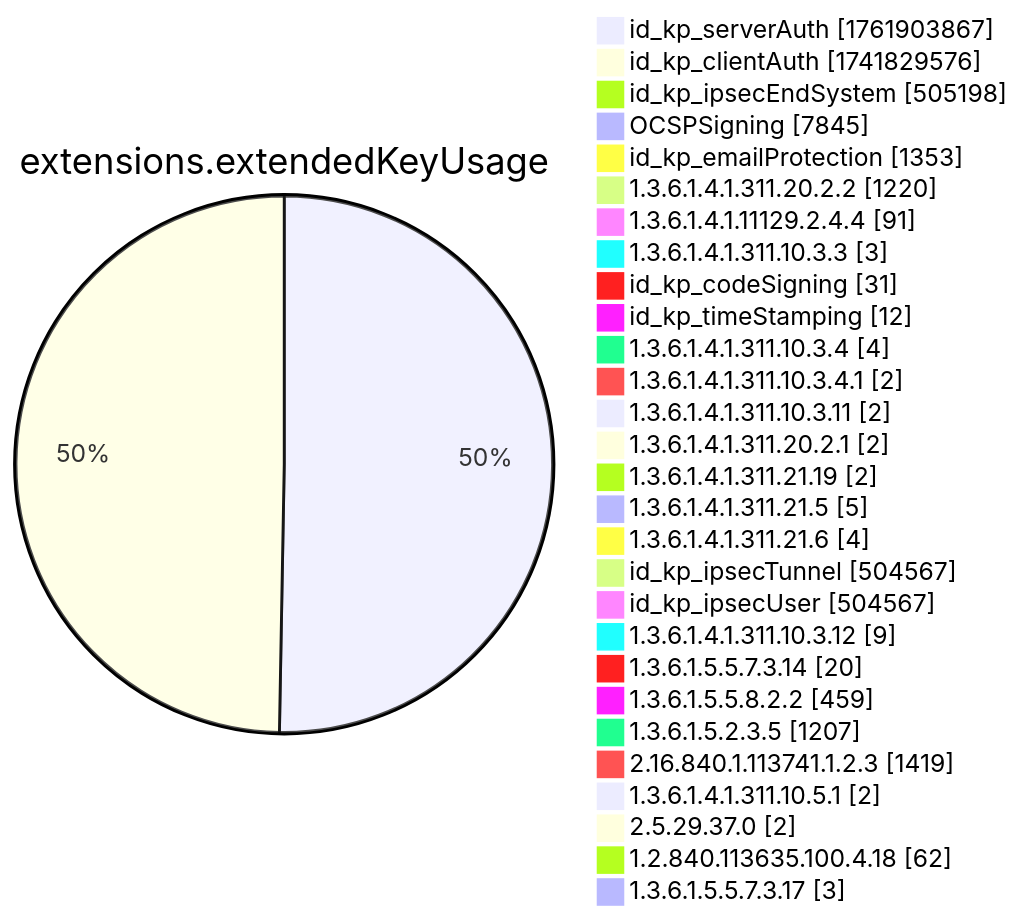
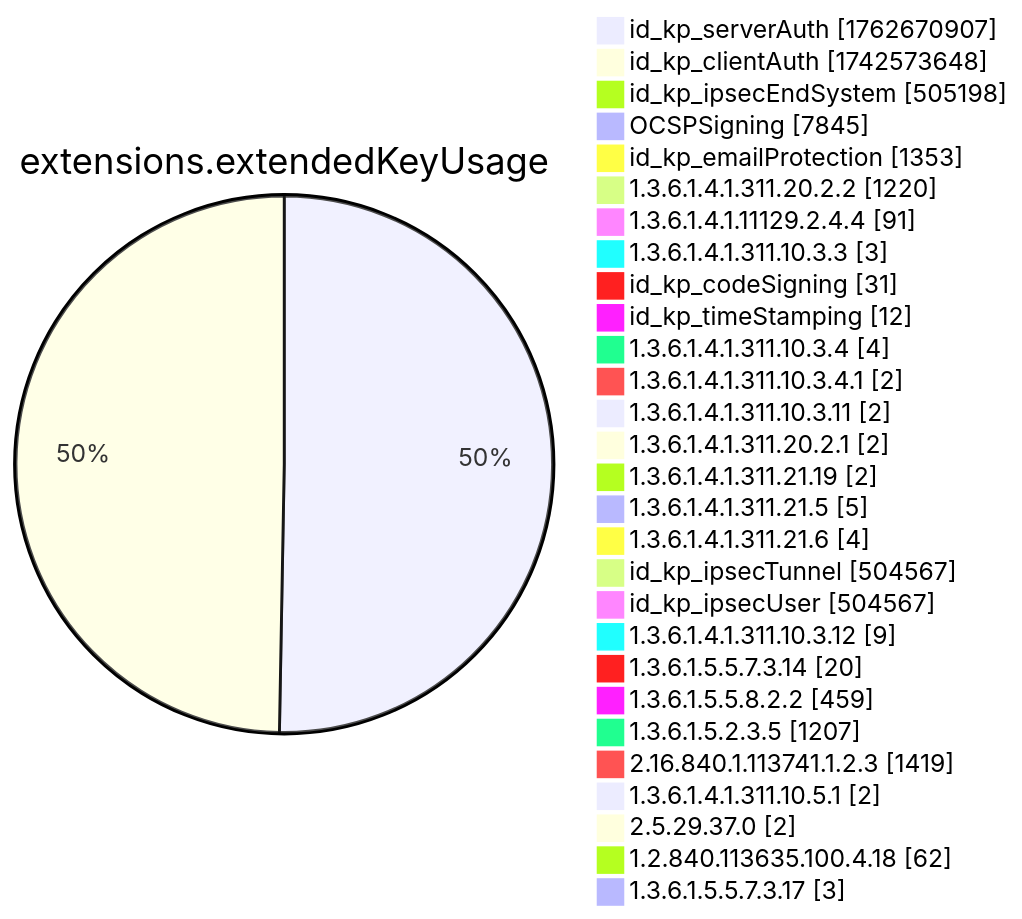
One commit to christiankrug/ctmonitor_visualization changed diagram 12 of 15 in xenon2022/README.md. Above: the diagram before and after it, drawn with Mermaid. The commit also changed other lines of this file, not shown here.

````diff
--- a/xenon2022/README.md
+++ b/xenon2022/README.md
@@ -3893,32 +3893,32 @@
 ```mermaid
 pie showData
 title extensions.extendedKeyUsage
-"id_kp_serverAuth" :1761903867
-"id_kp_clientAuth" :1741829576
+"id_kp_serverAuth" :1762670907
+"id_kp_clientAuth" :1742573648
 "id_kp_ipsecEndSystem" :505198
 "OCSPSigning" :7845
 "id_kp_emailProtection" :1353
 "1.3.6.1.4.1.311.20.2.2" :1220
 "1.3.6.1.4.1.11129.2.4.4" :91
 "1.3.6.1.4.1.311.10.3.3" :3
 "id_kp_codeSigning" :31
 "id_kp_timeStamping" :12
 "1.3.6.1.4.1.311.10.3.4" :4
 "1.3.6.1.4.1.311.10.3.4.1" :2
 "1.3.6.1.4.1.311.10.3.11" :2
 "1.3.6.1.4.1.311.20.2.1" :2
 "1.3.6.1.4.1.311.21.19" :2
 "1.3.6.1.4.1.311.21.5" :5
 "1.3.6.1.4.1.311.21.6" :4
 "id_kp_ipsecTunnel" :504567
 "id_kp_ipsecUser" :504567
 "1.3.6.1.4.1.311.10.3.12" :9
 "1.3.6.1.5.5.7.3.14" :20
 "1.3.6.1.5.5.8.2.2" :459
 "1.3.6.1.5.2.3.5" :1207
 "2.16.840.1.113741.1.2.3" :1419
 "1.3.6.1.4.1.311.10.5.1" :2
 "2.5.29.37.0" :2
 "1.2.840.113635.100.4.18" :62
 "1.3.6.1.5.5.7.3.17" :3
 ```
````
